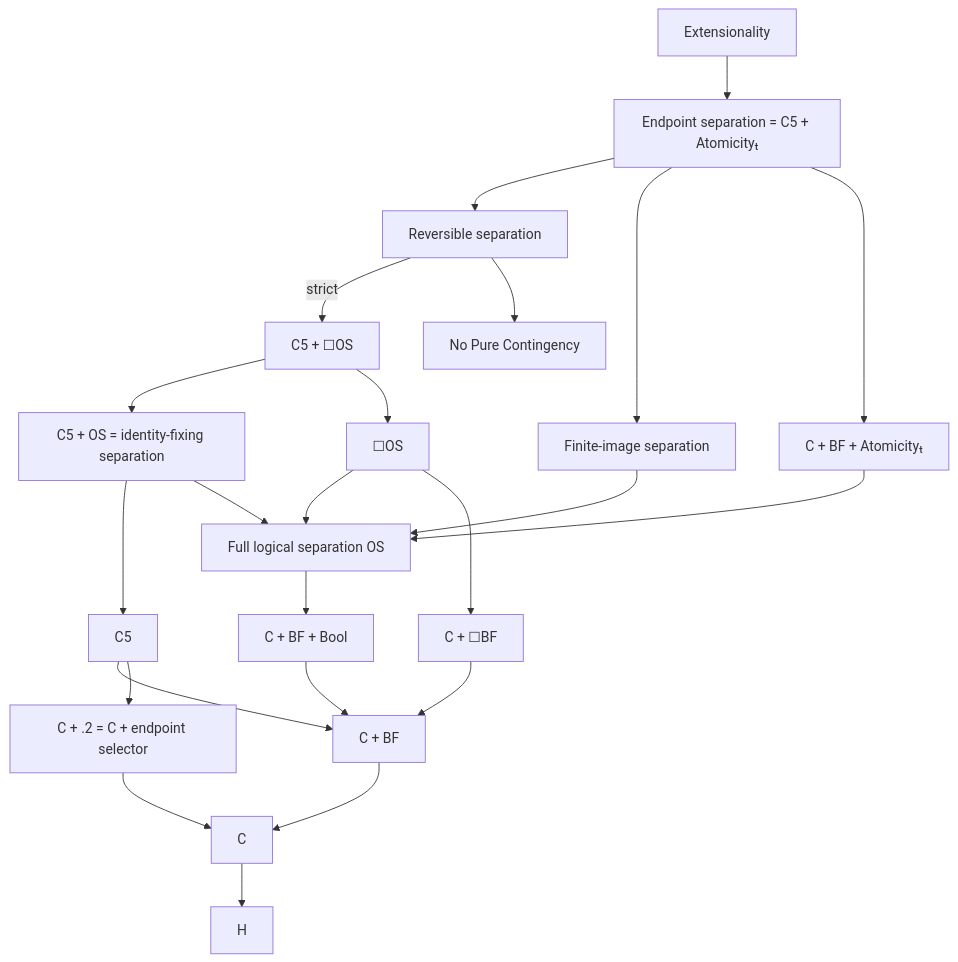
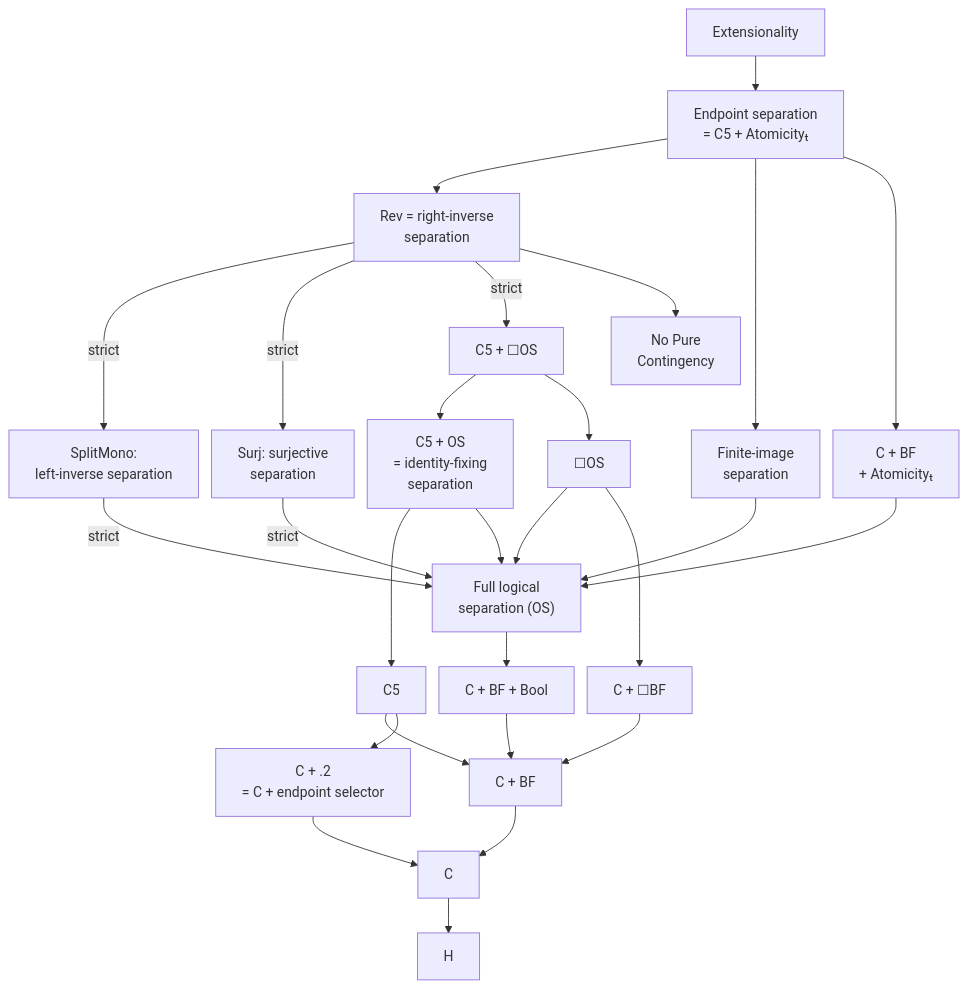
Diagram 21 of 27 in submissions/classicism-results-2026-10-23-v1/proofs/h-observer-space/GRAPH.md (dkodsi/Logical-Maps), drawn with Mermaid before and after one commit. The commit also changed other lines of this file and 59 other files, not shown here.

Commit message:
Expand observer atlas with inverse separation and Plenitude results

````diff
--- a/submissions/classicism-results-2026-10-23-v1/proofs/h-observer-space/GRAPH.md
+++ b/submissions/classicism-results-2026-10-23-v1/proofs/h-observer-space/GRAPH.md
@@ -284,25 +354,30 @@
 ```mermaid
+%%{init: {"flowchart": {"nodeSpacing": 15, "rankSpacing": 40}}}%%
 flowchart TD
-    Ext["Extensionality"] --> End["Endpoint separation = C5 + Atomicityₜ"]
-    End --> Rev["Reversible separation"]
-    End --> Fin["Finite-image separation"]
-    End --> At["C + BF + Atomicityₜ"]
+    Ext["Extensionality"] --> End["Endpoint separation<br/>= C5 + Atomicityₜ"]
+    End --> Rev["Rev = right-inverse<br/>separation"]
+    Rev -->|strict| Mono["SplitMono:<br/>left-inverse separation"]
+    Mono -->|strict| OS["Full logical<br/>separation (OS)"]
+    Rev -->|strict| Surj["Surj: surjective<br/>separation"]
+    Surj -->|strict| OS
+    End --> Fin["Finite-image<br/>separation"]
+    End --> At["C + BF<br/>+ Atomicityₜ"]
     Rev -->|strict| CN["C5 + ☐OS"]
-    Rev --> NPC["No Pure Contingency"]
-    CN --> Fix["C5 + OS = identity-fixing separation"]
+    Rev --> NPC["No Pure<br/>Contingency"]
+    CN --> Fix["C5 + OS<br/>= identity-fixing<br/>separation"]
     CN --> Nec["☐OS"]
     Fix --> C5["C5"]
-    Fix --> OS["Full logical separation OS"]
+    Fix --> OS
     Nec --> OS
     Nec --> NBF["C + ☐BF"]
     Fin --> OS
     At --> OS
     OS --> DB["C + BF + Bool"]
     DB --> D["C + BF"]
     NBF --> D
     C5 --> D
-    C5 --> D2["C + .2 = C + endpoint selector"]
+    C5 --> D2["C + .2<br/>= C + endpoint selector"]
     D --> C["C"]
     D2 --> C
     C --> H["H"]
 ```
````
